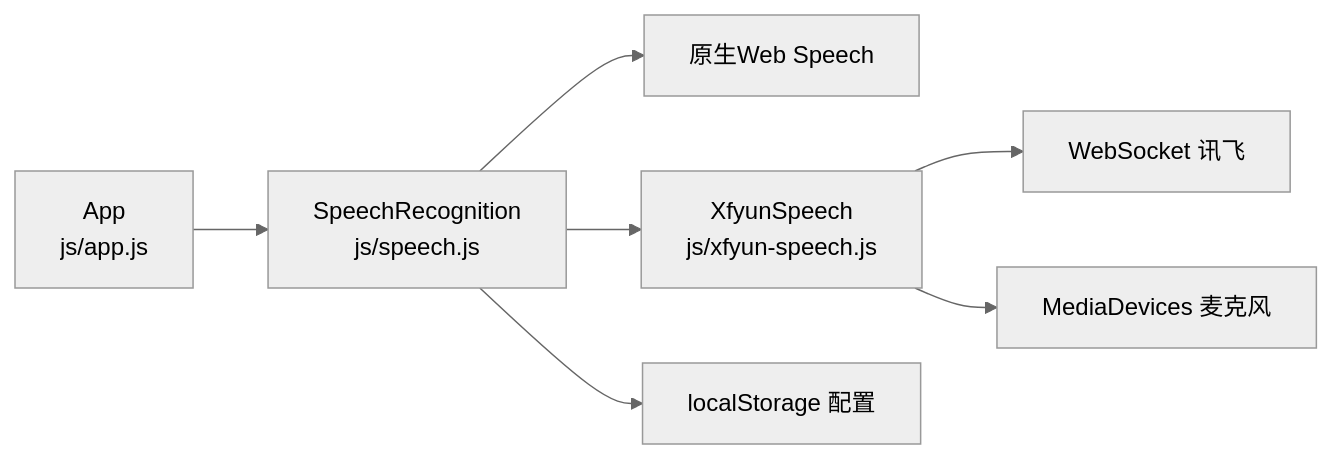
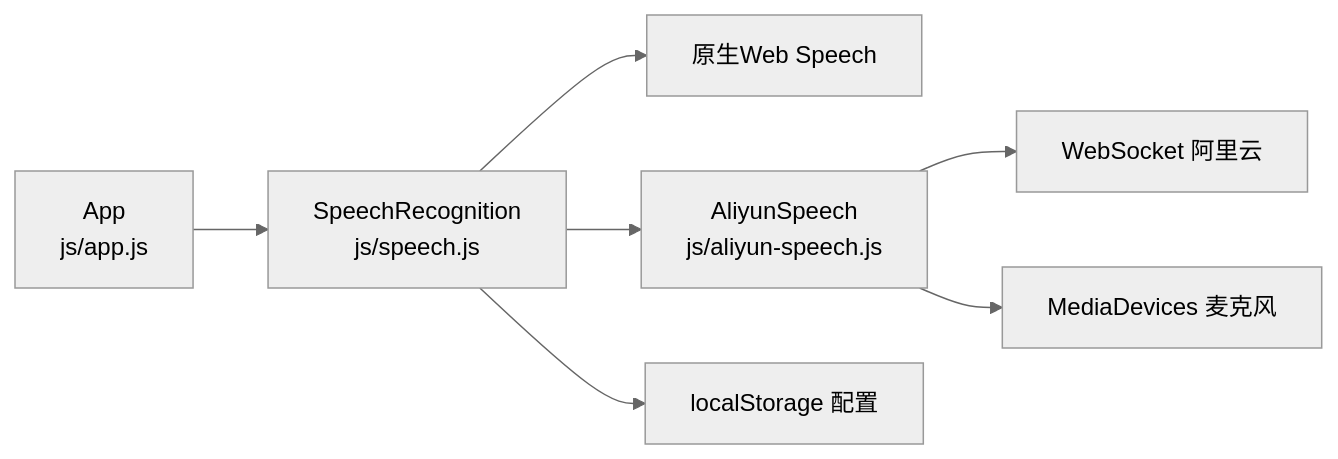
The fifth of 5 diagrams in .qoder/repowiki/zh/content/语音识别模块详解/错误处理与恢复.md (db300/MySpeechRecognition), drawn with Mermaid (neutral theme) before and after one commit. The commit also changed other lines of this file and 10 other files, not shown here.

````diff
--- a/.qoder/repowiki/zh/content/语音识别模块详解/错误处理与恢复.md
+++ b/.qoder/repowiki/zh/content/语音识别模块详解/错误处理与恢复.md
@@ -247,9 +247,9 @@
 ```mermaid
 graph LR
 APP["App<br/>js/app.js"] --> SR["SpeechRecognition<br/>js/speech.js"]
 SR --> NATIVE["原生Web Speech"]
-SR --> XR["XfyunSpeech<br/>js/xfyun-speech.js"]
-XR --> WS["WebSocket 讯飞"]
+SR --> XR["AliyunSpeech<br/>js/aliyun-speech.js"]
+XR --> WS["WebSocket 阿里云"]
 XR --> MIC["MediaDevices 麦克风"]
 SR --> LS["localStorage 配置"]
 ```
````
